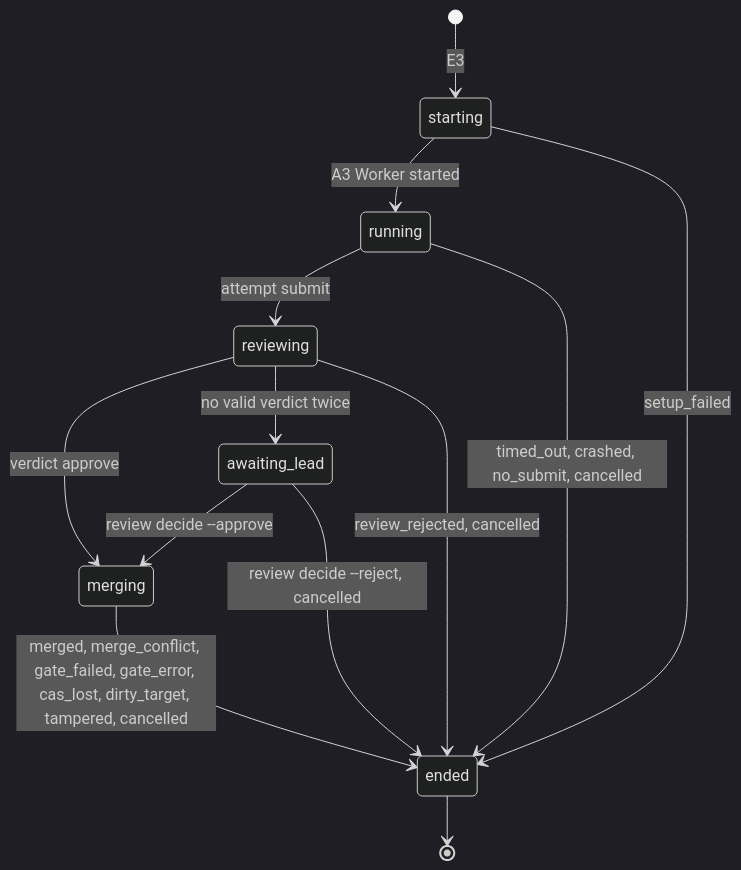
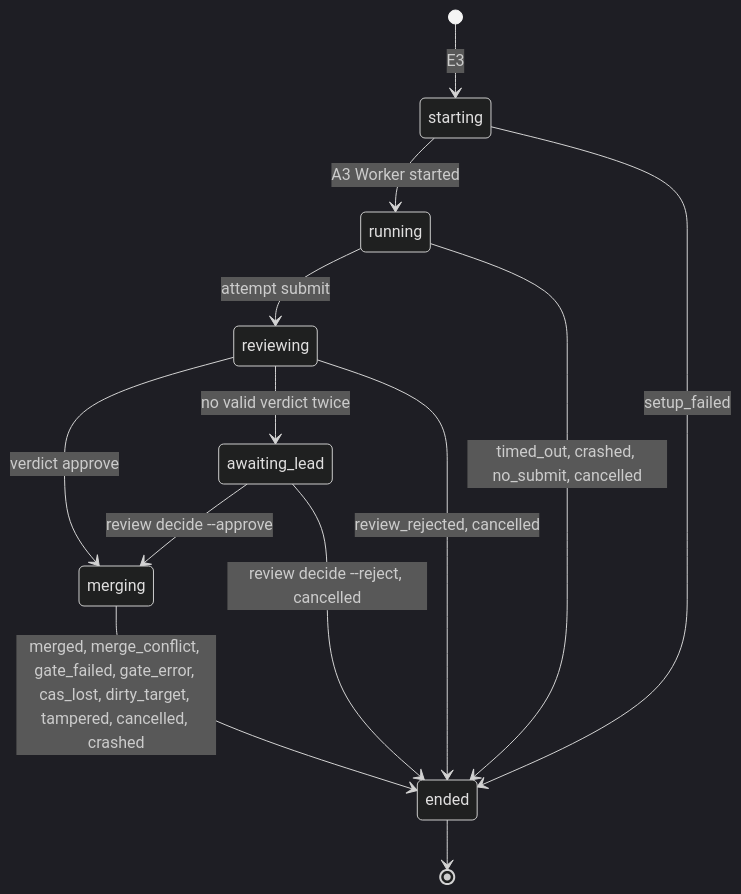
One commit to clayton-duarte/cpd changed the fourth of 4 diagrams in docs/v2/contract.md. Above: the diagram before and after it, drawn with Mermaid (dark theme). The commit also changed other lines of this file, not shown here.

Commit message:
docs(v2): contract-core review fixes: merge recovery, driver lock hand-over, -e dedup, application_id, lock span, grounding transaction, cancel citation, Event context rule

````diff
--- a/docs/v2/contract.md
+++ b/docs/v2/contract.md
@@ -399,15 +407,15 @@
 ```mermaid
 stateDiagram-v2
   [*] --> starting: E3
   starting --> running: A3 Worker started
   starting --> ended: setup_failed
   running --> reviewing: attempt submit
   running --> ended: timed_out, crashed, no_submit, cancelled
   reviewing --> merging: verdict approve
   reviewing --> awaiting_lead: no valid verdict twice
   reviewing --> ended: review_rejected, cancelled
   awaiting_lead --> merging: review decide --approve
   awaiting_lead --> ended: review decide --reject, cancelled
-  merging --> ended: merged, merge_conflict, gate_failed, gate_error, cas_lost, dirty_target, tampered, cancelled
+  merging --> ended: merged, merge_conflict, gate_failed, gate_error, cas_lost, dirty_target, tampered, cancelled, crashed
   ended --> [*]
 ```
````
